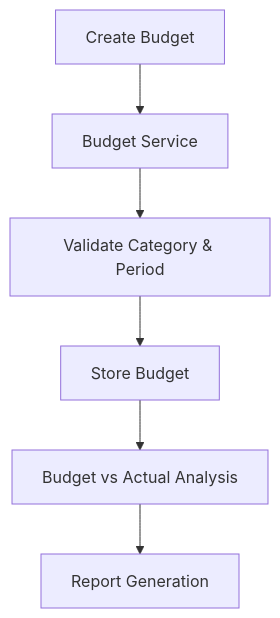
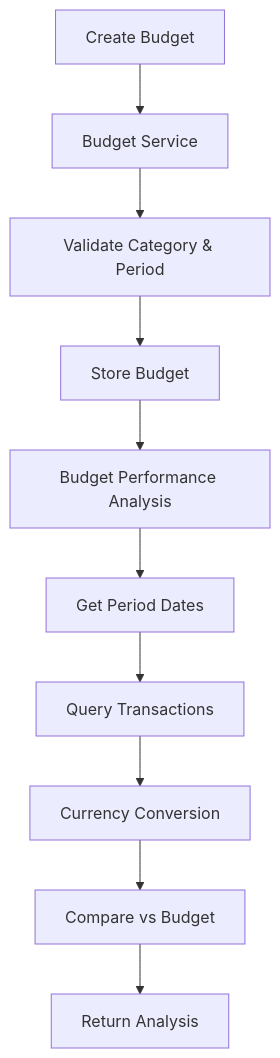
The fourth of 6 diagrams in BACKEND_ARCHITECTURE.md (azeema11/azerro_backend), drawn with Mermaid before and after one commit. The commit also changed other lines of this file and 7 other files, not shown here.

````diff
--- a/BACKEND_ARCHITECTURE.md
+++ b/BACKEND_ARCHITECTURE.md
@@ -378,8 +397,12 @@
 ```mermaid
 graph TD
     A[Create Budget] --> B[Budget Service]
     B --> C[Validate Category & Period]
     C --> D[Store Budget]
-    D --> E[Budget vs Actual Analysis]
-    E --> F[Report Generation]
+    D --> E[Budget Performance Analysis]
+    E --> F[Get Period Dates]
+    F --> G[Query Transactions]
+    G --> H[Currency Conversion]
+    H --> I[Compare vs Budget]
+    I --> J[Return Analysis]
 ```
````
